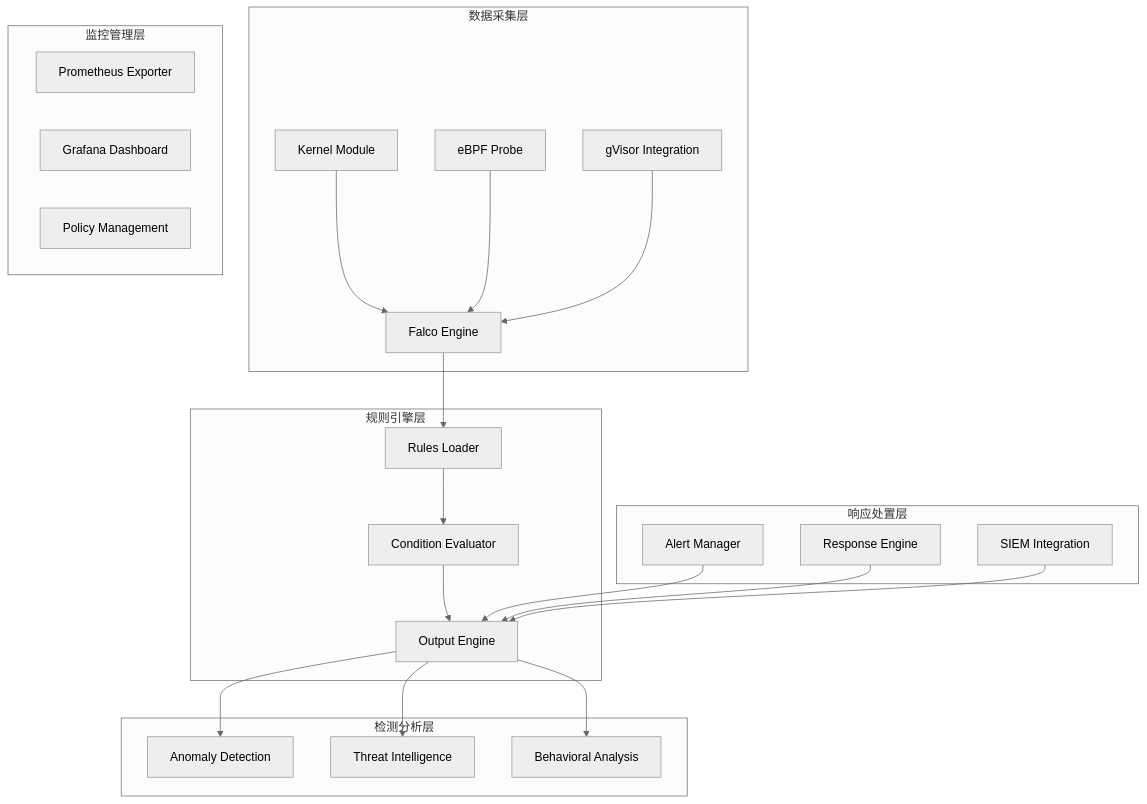
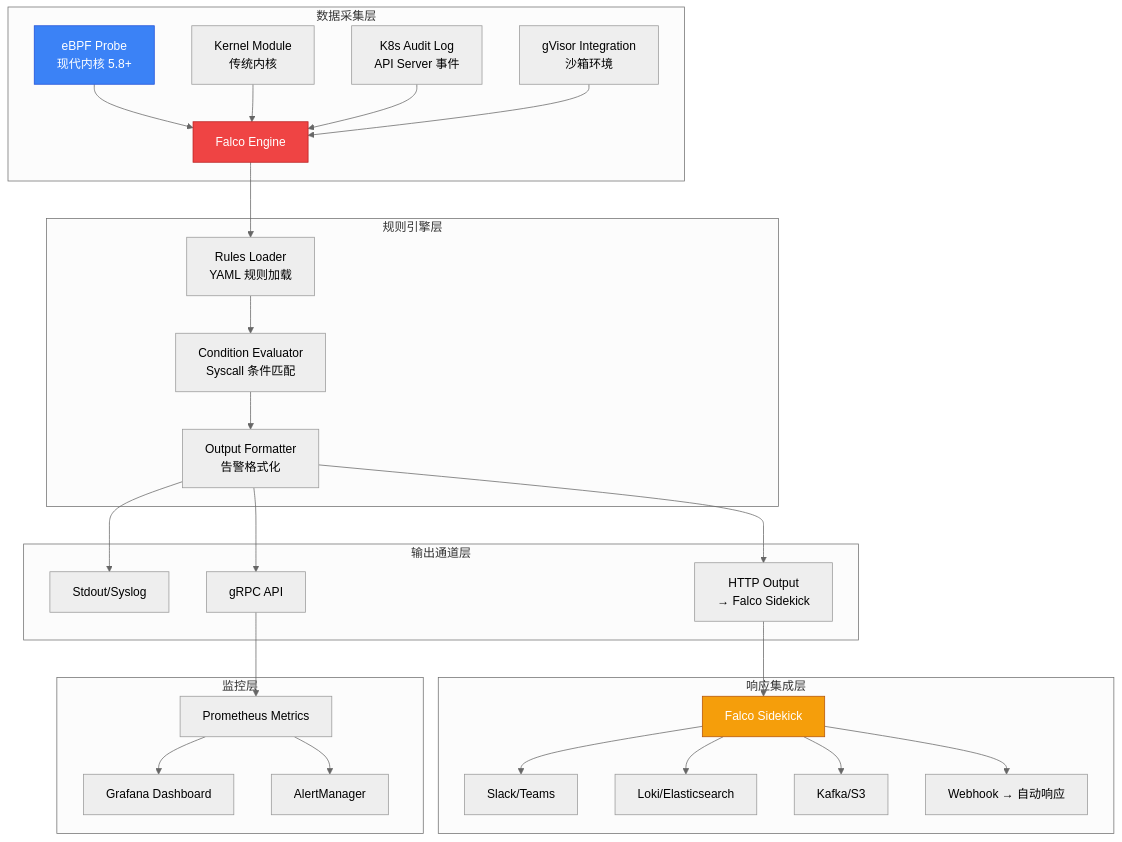
One commit to kudig-io/kudig-database changed the diagram in domain-25-cloud-native-security/01-falco-cloud-native-security.md. Above: the diagram before and after it, drawn with Mermaid (neutral theme). The commit also changed other lines of this file and 8633 other files, not shown here.

````diff
--- a/domain-25-cloud-native-security/01-falco-cloud-native-security.md
+++ b/domain-25-cloud-native-security/01-falco-cloud-native-security.md
@@ -14,32 +88,39 @@
 ```mermaid
 graph TB
     subgraph "数据采集层"
-        A[Kernel Module] --> B[Falco Engine]
-        C[eBPF Probe] --> B
-        D[gVisor Integration] --> B
+        A[eBPF Probe<br/>现代内核 5.8+] --> F[Falco Engine]
+        B[Kernel Module<br/>传统内核] --> F
+        C[K8s Audit Log<br/>API Server 事件] --> F
+        D[gVisor Integration<br/>沙箱环境] --> F
     end
-    
+
     subgraph "规则引擎层"
-        B --> E[Rules Loader]
-        E --> F[Condition Evaluator]
-        F --> G[Output Engine]
+        F --> E[Rules Loader<br/>YAML 规则加载]
+        E --> G[Condition Evaluator<br/>Syscall 条件匹配]
+        G --> H[Output Formatter<br/>告警格式化]
     end
-    
-    subgraph "检测分析层"
-        G --> H[Anomaly Detection]
-        G --> I[Threat Intelligence]
-        G --> J[Behavioral Analysis]
+
+    subgraph "输出通道层"
+        H --> I[Stdout/Syslog]
+        H --> J[gRPC API]
+        H --> K[HTTP Output<br/>→ Falco Sidekick]
     end
-    
-    subgraph "响应处置层"
-        K[Alert Manager] --> G
-        L[Response Engine] --> G
-        M[SIEM Integration] --> G
+
+    subgraph "响应集成层"
+        K --> L[Falco Sidekick]
+        L --> M[Slack/Teams]
+        L --> N[Loki/Elasticsearch]
+        L --> O[Kafka/S3]
+        L --> P[Webhook → 自动响应]
     end
-    
-    subgraph "监控管理层"
-        N[Prometheus Exporter]
-        O[Grafana Dashboard]
-        P[Policy Management]
+
+    subgraph "监控层"
+        J --> Q[Prometheus Metrics]
+        Q --> R[Grafana Dashboard]
+        Q --> S[AlertManager]
     end
+
+    style A fill:#3b82f6,stroke:#1d4ed8,color:#fff
+    style F fill:#ef4444,stroke:#b91c1c,color:#fff
+    style L fill:#f59e0b,stroke:#b45309,color:#fff
 ```
````
